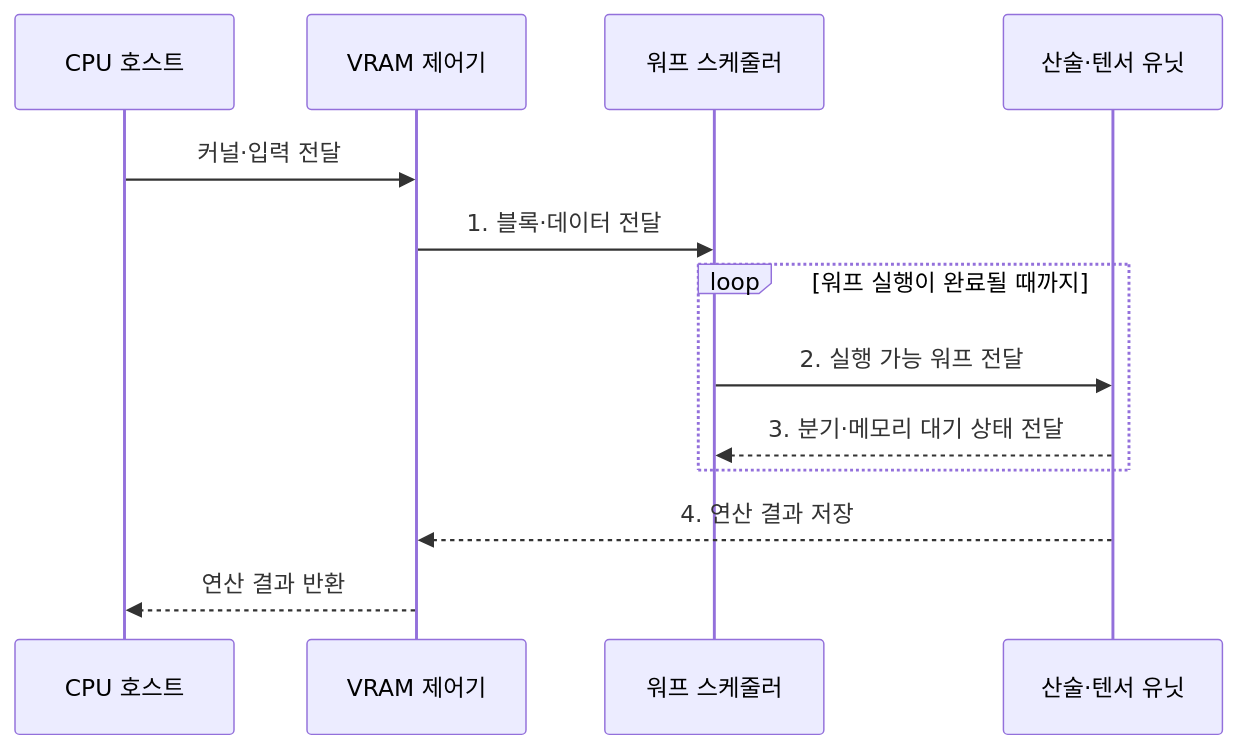
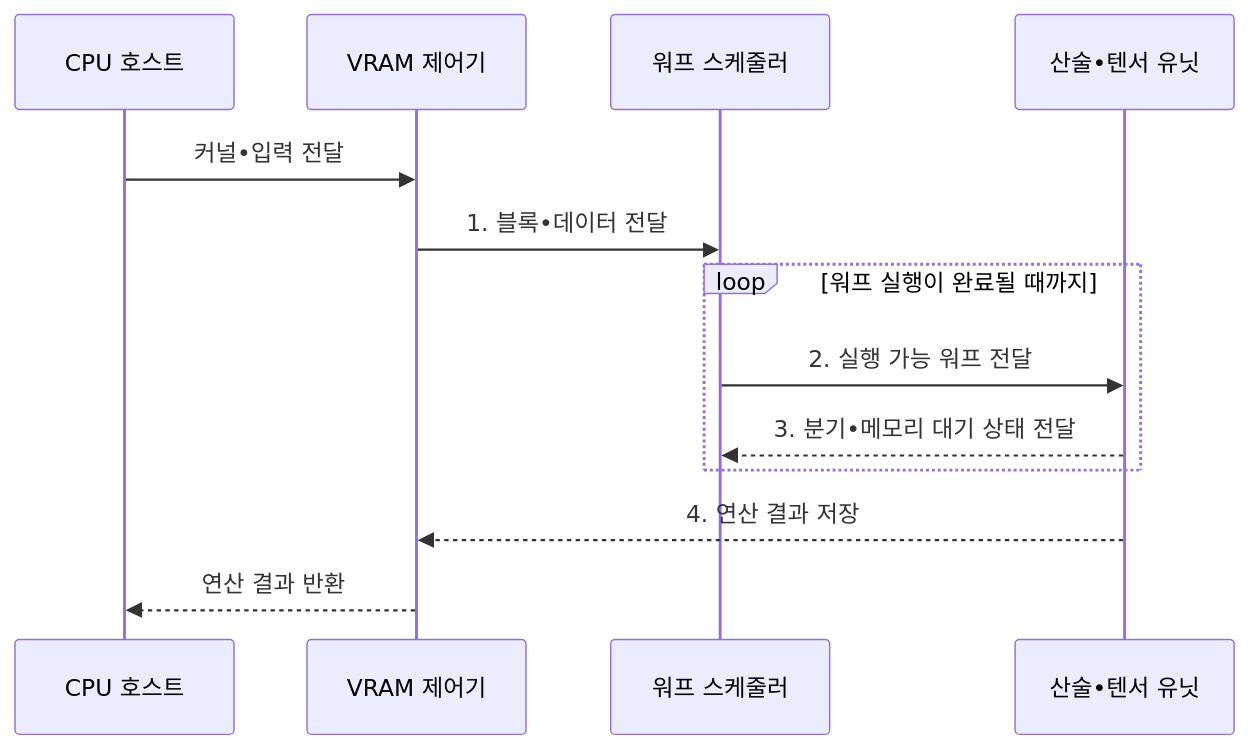
One commit to agnusdei1207/knowledge-base changed the second of 2 diagrams in src/content/docs/notes/08-latest-tech/141_gpu.md. Above: the diagram before and after it, drawn with Mermaid. The commit also changed other lines of this file and 953 other files, not shown here.

````diff
--- a/src/content/docs/notes/08-latest-tech/141_gpu.md
+++ b/src/content/docs/notes/08-latest-tech/141_gpu.md
@@ -109,15 +109,15 @@
 ```mermaid
 sequenceDiagram
     participant H as CPU 호스트
     participant V as VRAM 제어기
     participant S as 워프 스케줄러
-    participant U as 산술·텐서 유닛
-    H->>V: 커널·입력 전달
-    V->>S: 1. 블록·데이터 전달
+    participant U as 산술•텐서 유닛
+    H->>V: 커널•입력 전달
+    V->>S: 1. 블록•데이터 전달
     loop 워프 실행이 완료될 때까지
         S->>U: 2. 실행 가능 워프 전달
-        U-->>S: 3. 분기·메모리 대기 상태 전달
+        U-->>S: 3. 분기•메모리 대기 상태 전달
     end
     U-->>V: 4. 연산 결과 저장
     V-->>H: 연산 결과 반환
 ```
````
